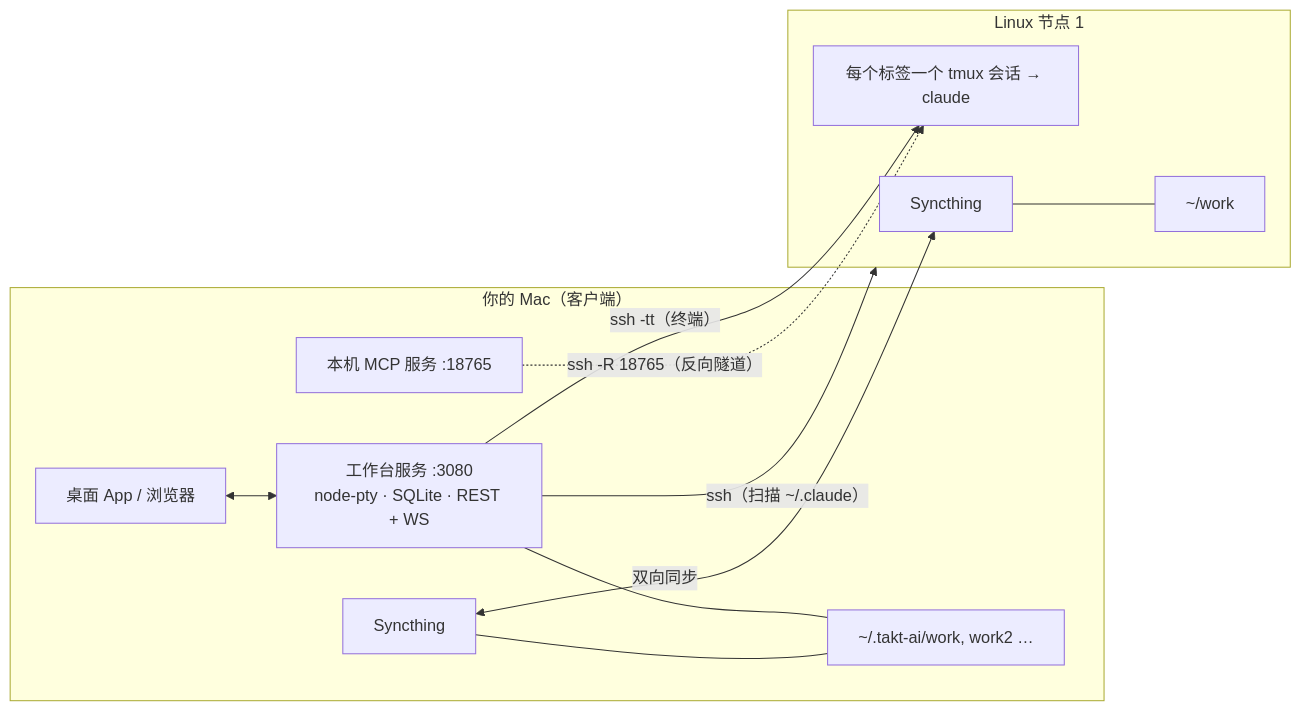
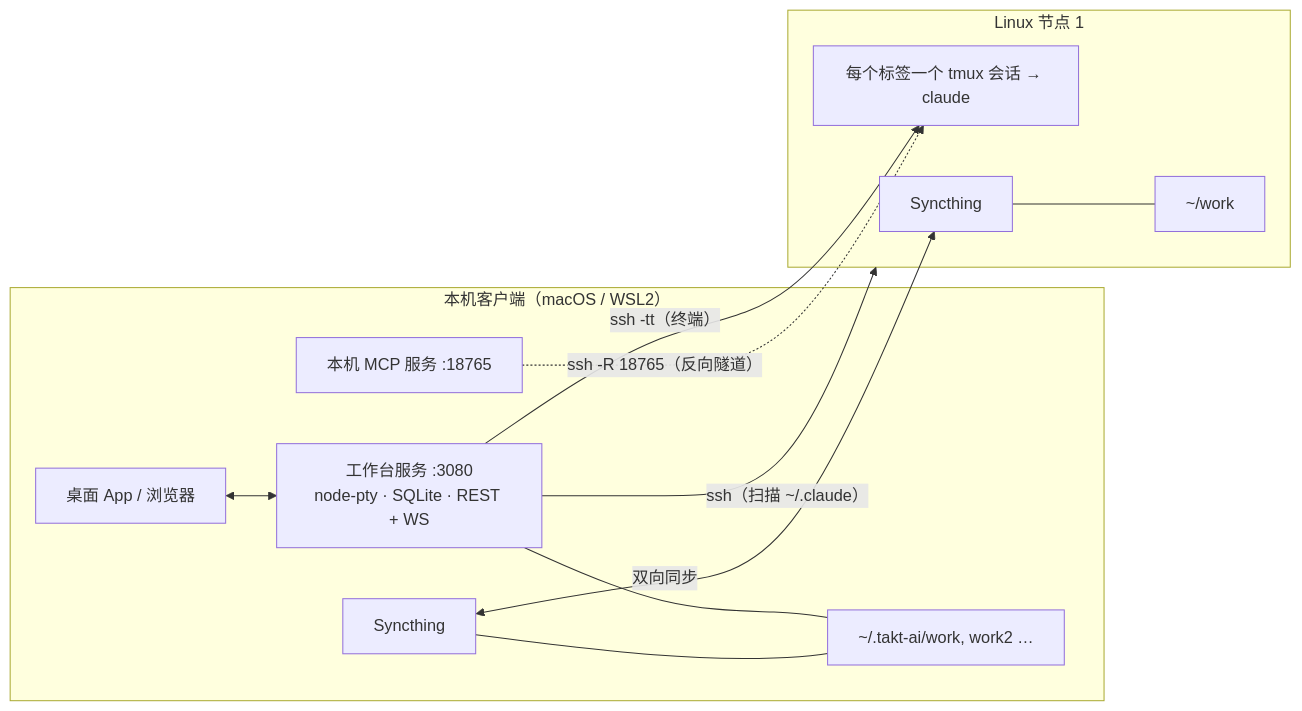
One commit to willwill85/TAKT-UI-CC changed the diagram in README.zh-CN.md. Above: the diagram before and after it, drawn with Mermaid. The commit also changed other lines of this file and 5 other files, not shown here.

````diff
--- a/README.zh-CN.md
+++ b/README.zh-CN.md
@@ -40,23 +40,23 @@
 ```mermaid
 flowchart LR
-  subgraph Mac["你的 Mac（客户端）"]
+  subgraph Mac["本机客户端（macOS / WSL2）"]
     UI["桌面 App / 浏览器"]
     WB["工作台服务 :3080\nnode-pty · SQLite · REST + WS"]
     MCP["本机 MCP 服务 :18765"]
     ST1["Syncthing"]
     LW["~/.takt-ai/work, work2 …"]
     UI <--> WB
     WB --- LW
     ST1 --- LW
   end
   subgraph L1["Linux 节点 1"]
     TM1["每个标签一个 tmux 会话 → claude"]
     RW1["~/work"]
     ST2["Syncthing"]
     ST2 --- RW1
   end
   WB -- "ssh -tt（终端）" --> TM1
   WB -- "ssh（扫描 ~/.claude）" --> L1
   MCP -. "ssh -R 18765（反向隧道）" .-> TM1
   ST1 <-- "双向同步" --> ST2
 ```
````
